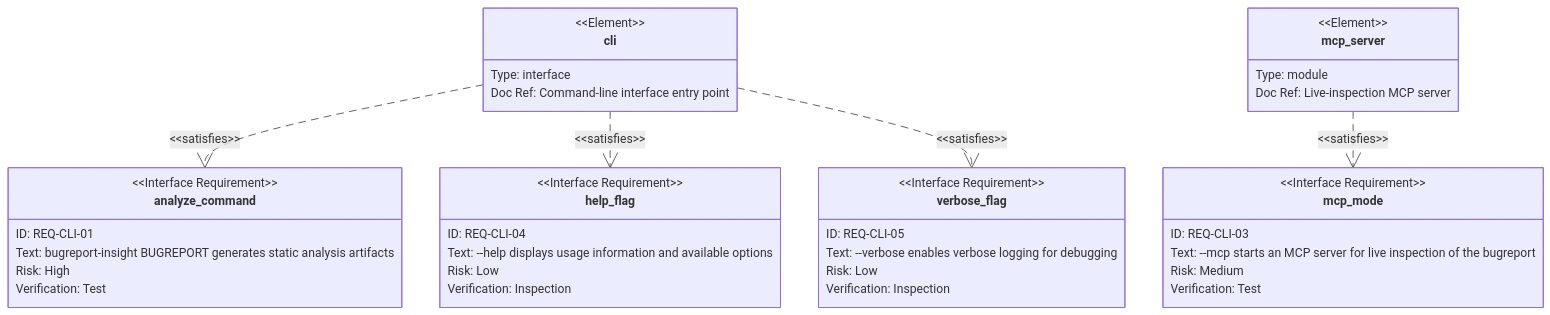
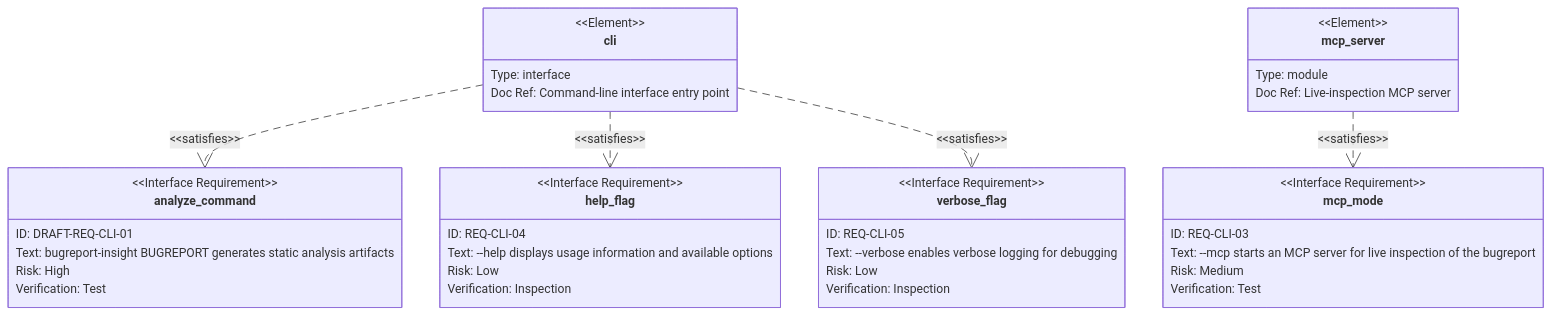
Before and after one commit to khoa-io/adb-bugreport-insight: the fourth of 6 diagrams in docs/requirement-diagram.md, drawn with Mermaid. The commit also changed other lines of this file and 44 other files, not shown here.

````diff
--- a/docs/requirement-diagram.md
+++ b/docs/requirement-diagram.md
@@ -69,48 +315,48 @@
 ```mermaid
 requirementDiagram
 
     direction TB
 
     element cli {
         type: "interface"
         docRef: "Command-line interface entry point"
     }
 
     element mcp_server {
         type: "module"
         docRef: "Live-inspection MCP server"
     }
 
     interfaceRequirement analyze_command {
-        id: "REQ-CLI-01"
+        id: "DRAFT-REQ-CLI-01"
         text: "bugreport-insight BUGREPORT generates static analysis artifacts"
         risk: high
         verifymethod: test
     }
 
     interfaceRequirement mcp_mode {
         id: "REQ-CLI-03"
         text: "--mcp starts an MCP server for live inspection of the bugreport"
         risk: medium
         verifymethod: test
     }
 
     interfaceRequirement help_flag {
         id: "REQ-CLI-04"
         text: "--help displays usage information and available options"
         risk: low
         verifymethod: inspection
     }
 
     interfaceRequirement verbose_flag {
         id: "REQ-CLI-05"
         text: "--verbose enables verbose logging for debugging"
         risk: low
         verifymethod: inspection
     }
 
     cli - satisfies -> analyze_command
     cli - satisfies -> help_flag
     cli - satisfies -> verbose_flag
     mcp_server - satisfies -> mcp_mode
 ```
````
